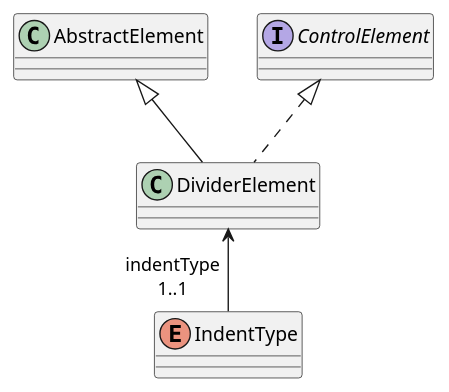
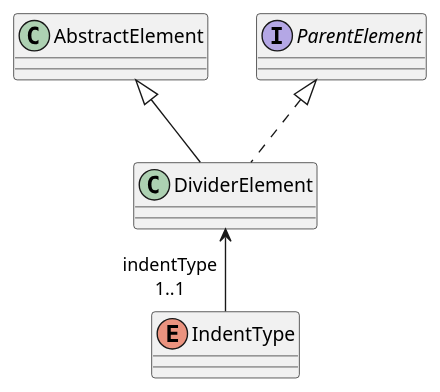
One commit to cervonwong/sona-javafx changed the diagram in puml/model/card/elements/divider.puml. Above: the diagram before and after it, drawn with PlantUML.

Commit message:
Fix wrongly named interface

```diff
--- a/puml/model/card/elements/divider.puml
+++ b/puml/model/card/elements/divider.puml
@@ -1,18 +1,18 @@
 @startuml
 
 skinparam classAttributeIconSize 0
 skinparam wrapWidth 400
 
 class DividerElement
 
 class AbstractElement
-interface ControlElement
+interface ParentElement
 
 enum IndentType
 
 AbstractElement <|-- DividerElement
-ControlElement <|.. DividerElement
+ParentElement <|.. DividerElement
 DividerElement <-- "indentType\n1..1" IndentType
 
 
 @enduml
```
